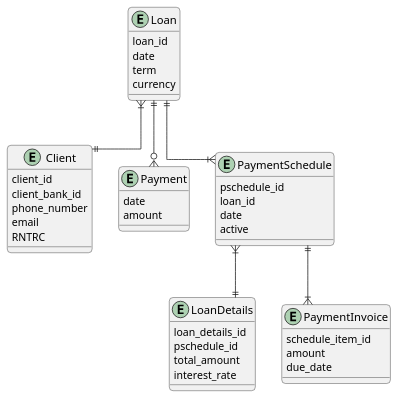
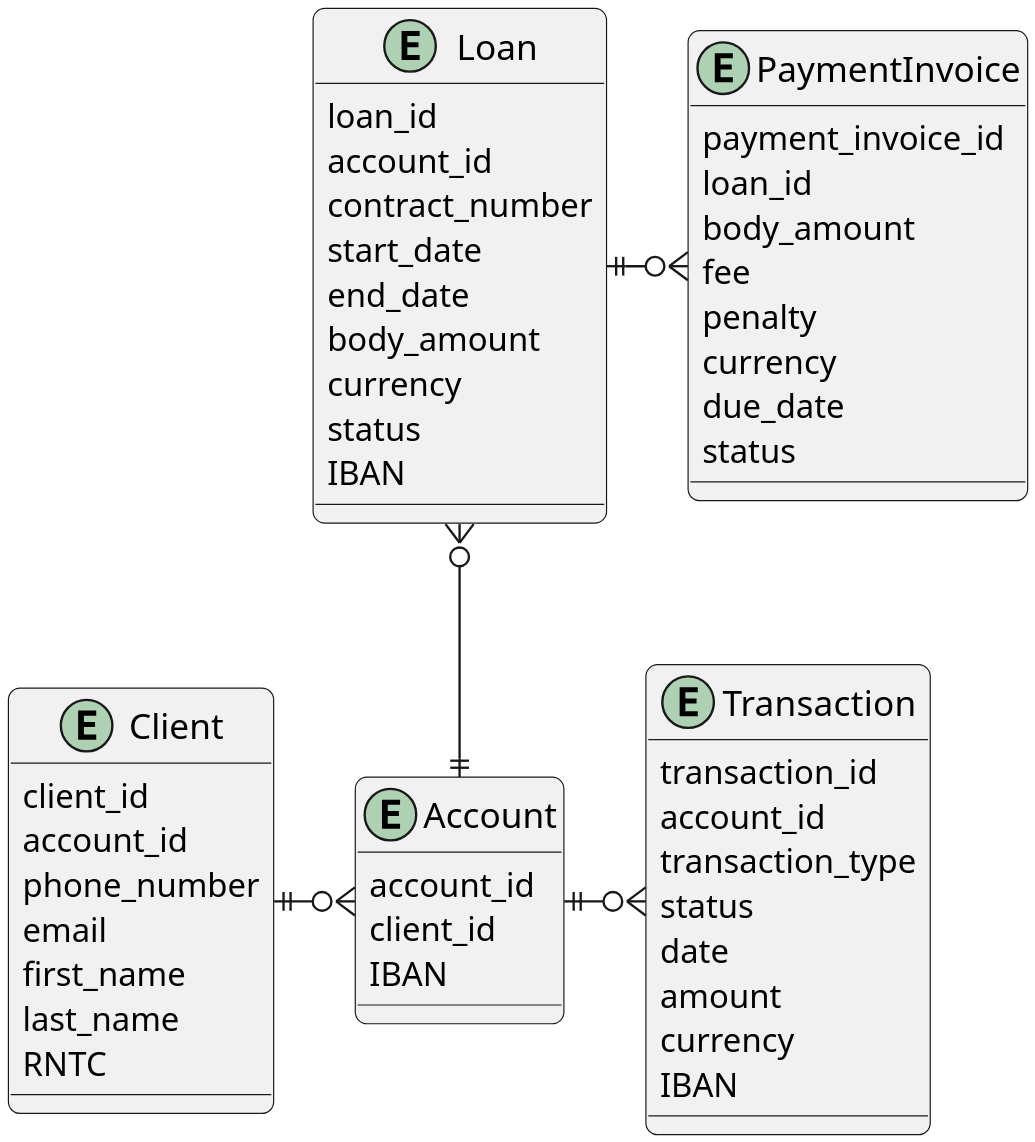
The diagram in diagrams/erd.puml (dmashchenko/isac-workshop-01), drawn with PlantUML before and after one commit. The commit also changed 8 other files, not shown here.

```diff
--- a/diagrams/erd.puml
+++ b/diagrams/erd.puml
@@ -1,49 +1,65 @@
 @startuml
+skinparam dpi 300
 skinparam linetype ortho
+skinparam ParticipantPadding 50
 skinparam roundcorner 10
 skinparam classFontSize 15
 
 
 entity "Loan" as loan {
     loan_id
-    date
-    term
+    account_id
+    contract_number
+    start_date
+    end_date
+    body_amount
     currency
+    status
+    IBAN
 }
 
-entity "LoanDetails" as loan_details {
-    loan_details_id
-    pschedule_id
-    total_amount
-    interest_rate
-}
 entity "Client" as client {
     client_id
-    client_bank_id
+    account_id
     phone_number
     email
-    RNTRC
+    first_name
+    last_name
+    RNTC
 }
-entity "Payment" as payment {
+
+entity "Account" as account{
+    account_id
+    client_id
+    IBAN
+}
+
+entity "Transaction" as transaction{
+    transaction_id
+    account_id
+    transaction_type
+    status
     date
     amount
-}
-entity "PaymentSchedule" as pschedule {
-    pschedule_id
-    loan_id
-    date
-    active
-}
-entity "PaymentInvoice" as invoice {
-    schedule_item_id
-    amount
-    due_date
+    currency
+    IBAN
 }
 
-loan ||--|{ pschedule
-loan }|--|| client
-loan ||--o{ payment
-pschedule }|--|| loan_details
-pschedule ||--|{ invoice
+entity "PaymentInvoice" as invoice {
+    payment_invoice_id
+    loan_id
+    body_amount
+    fee
+    penalty
+    currency
+    due_date
+    status
+}
+
+client ||-o{ account
+account ||-o{ transaction
+loan }o--|| account
+loan ||-o{ invoice
+
 
 @enduml
```
